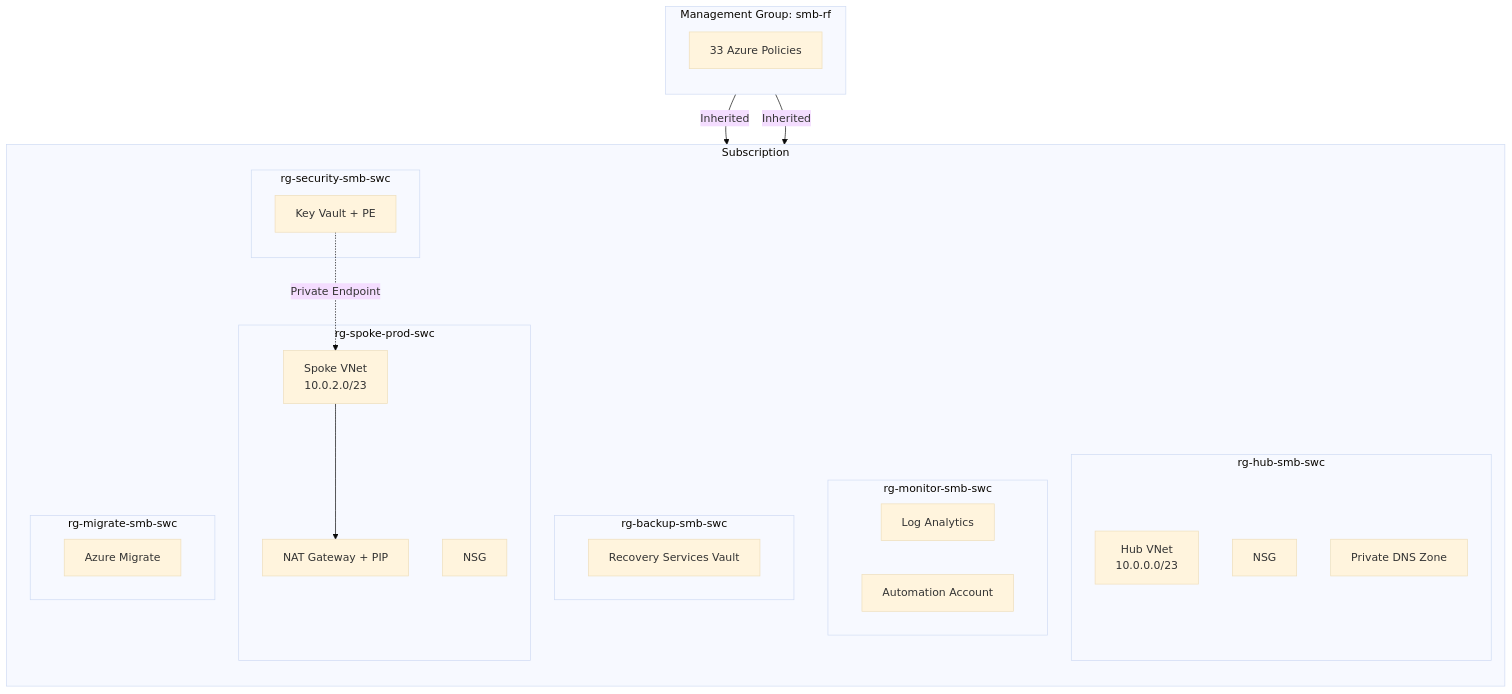
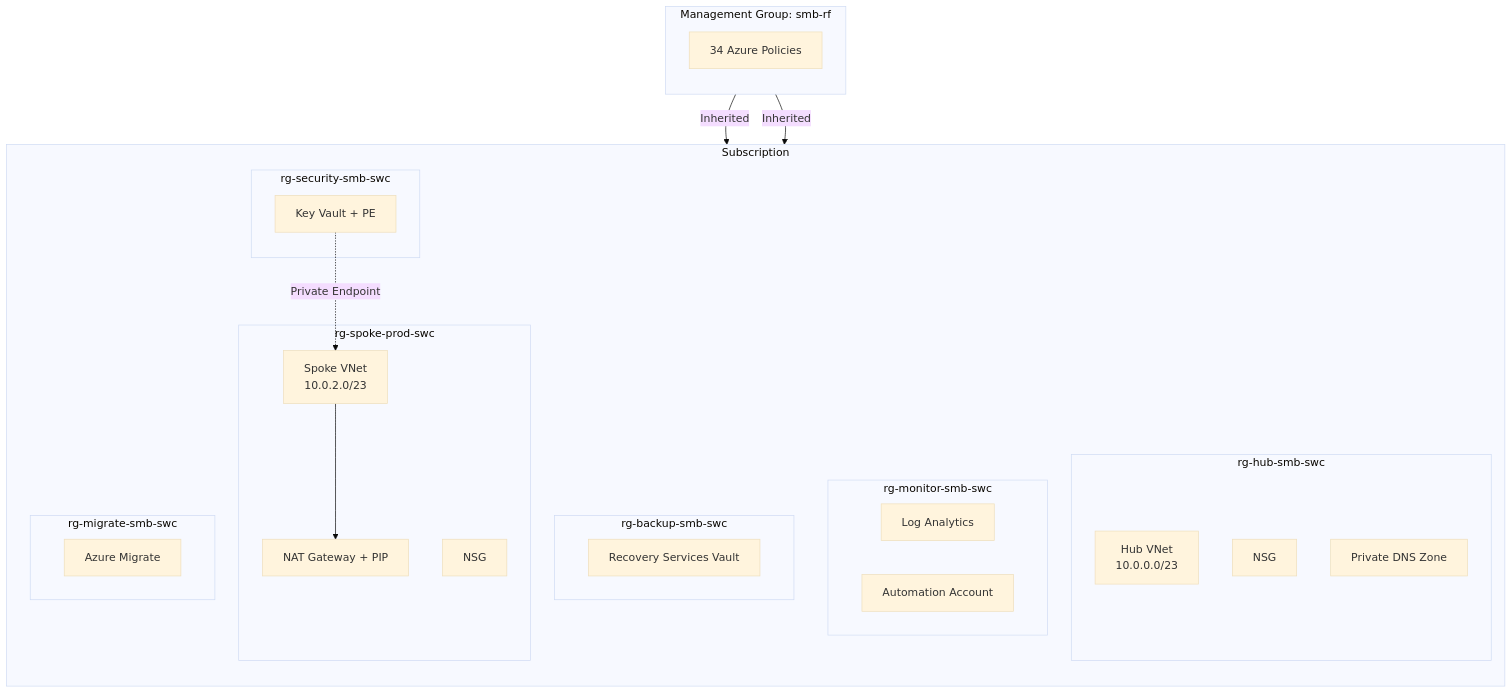
The diagram in site/src/content/docs/reference/architecture.mdx (azureholic/azure-smb-rf), drawn with Mermaid (base theme) before and after one commit. The commit also changed other lines of this file and 35 other files, not shown here.

````diff
--- a/site/src/content/docs/reference/architecture.mdx
+++ b/site/src/content/docs/reference/architecture.mdx
@@ -18,39 +20,39 @@
 ```mermaid
 graph TB
   subgraph "Management Group: smb-rf"
     direction TB
-    P["33 Azure Policies"]
+    P["34 Azure Policies"]
   end
 
   subgraph "Subscription"
     direction TB
     subgraph "rg-hub-smb-swc"
       HubVNet["Hub VNet\n10.0.0.0/23"]
       HubNSG["NSG"]
       DNS["Private DNS Zone"]
     end
     subgraph "rg-spoke-prod-swc"
       SpokeVNet["Spoke VNet\n10.0.2.0/23"]
       SpokeNSG["NSG"]
       NAT["NAT Gateway + PIP"]
     end
     subgraph "rg-security-smb-swc"
       KV["Key Vault + PE"]
     end
     subgraph "rg-monitor-smb-swc"
       LA["Log Analytics"]
       AA["Automation Account"]
     end
     subgraph "rg-backup-smb-swc"
       RSV["Recovery Services Vault"]
     end
     subgraph "rg-migrate-smb-swc"
       MIG["Azure Migrate"]
     end
   end
 
   SpokeVNet --> NAT
   KV -.->|"Private Endpoint"| SpokeVNet
   P -->|"Inherited"| HubVNet
   P -->|"Inherited"| SpokeVNet
 ```
````
